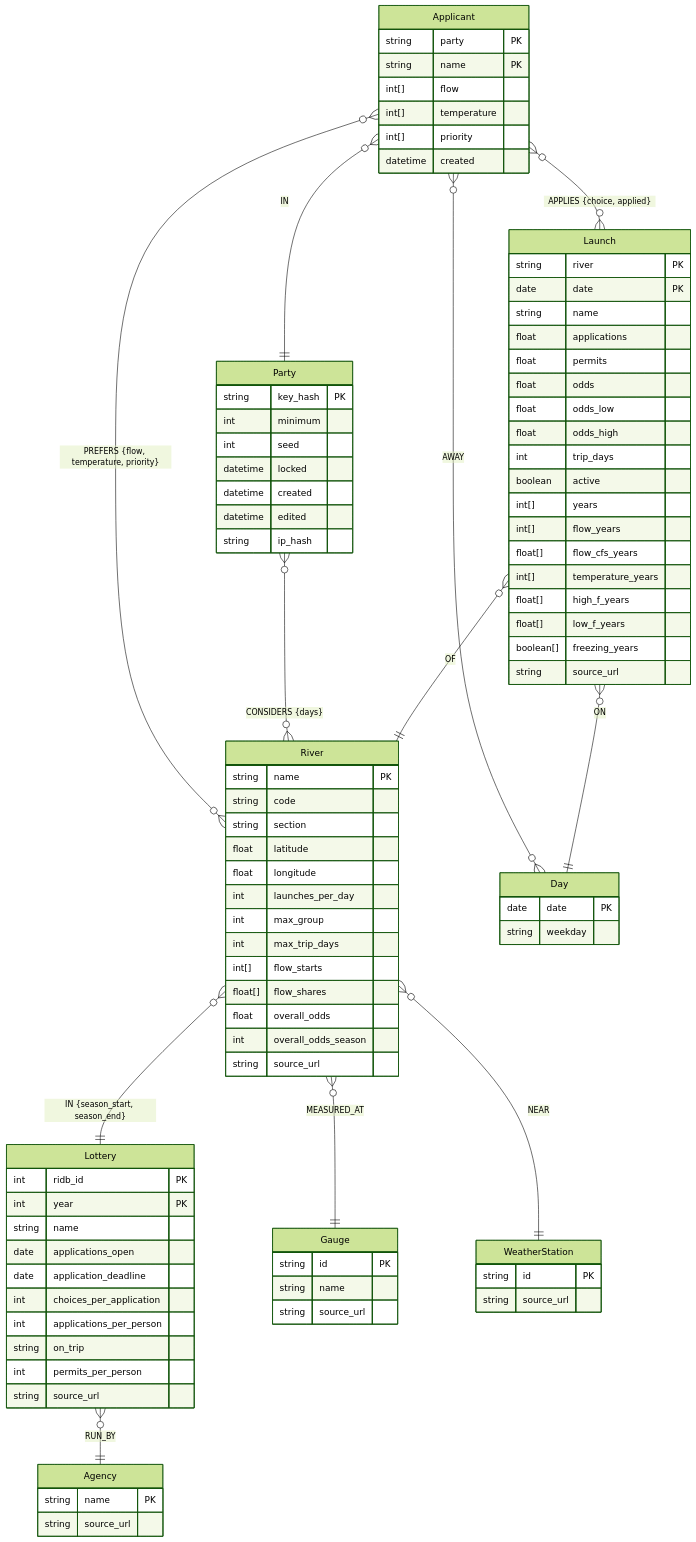
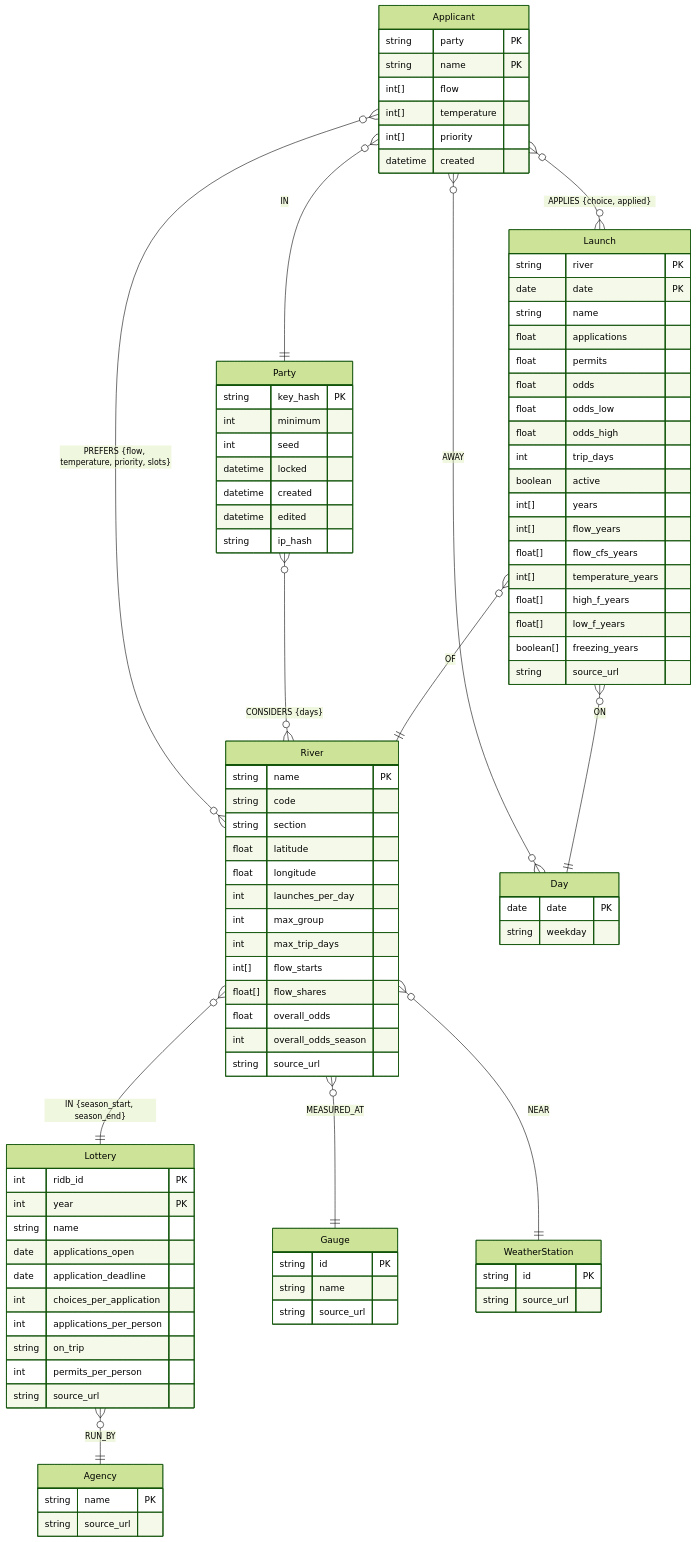
The diagram in src/max_float/graph/README.md (gen-omix/max-float), drawn with Mermaid (forest theme) before and after one commit. The commit also changed other lines of this file and 13 other files, not shown here.

````diff
--- a/src/max_float/graph/README.md
+++ b/src/max_float/graph/README.md
@@ -107,5 +107,5 @@
   Applicant }o--o{ Day : "AWAY"
   Applicant }o--o{ Launch : "APPLIES {choice, applied}"
   Party }o--o{ River : "CONSIDERS {days}"
-  Applicant }o--o{ River : "PREFERS {flow, temperature, priority}"
+  Applicant }o--o{ River : "PREFERS {flow, temperature, priority, slots}"
 ```
````
